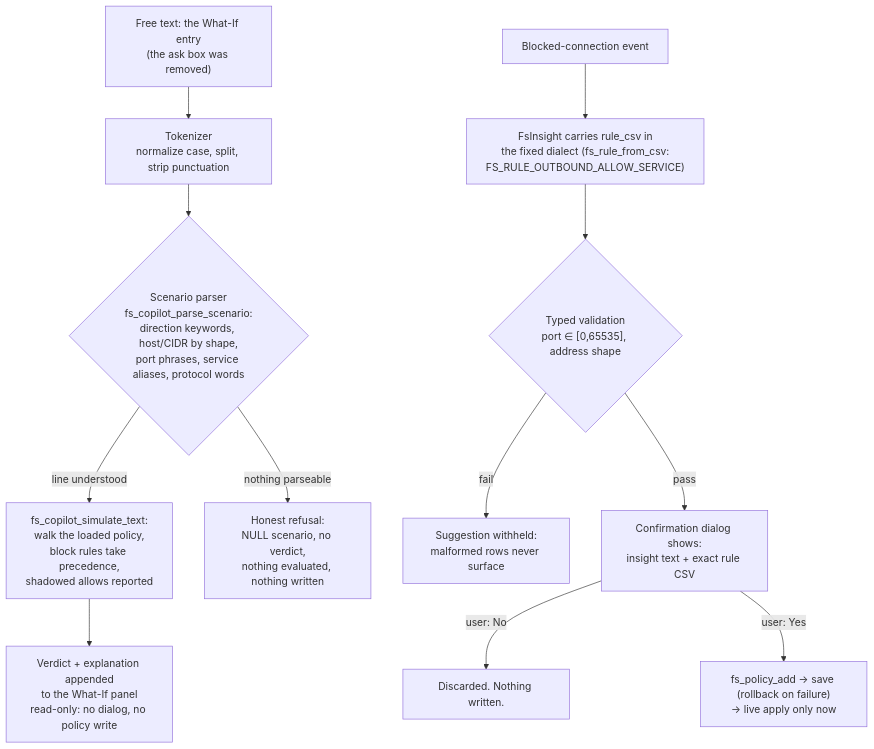
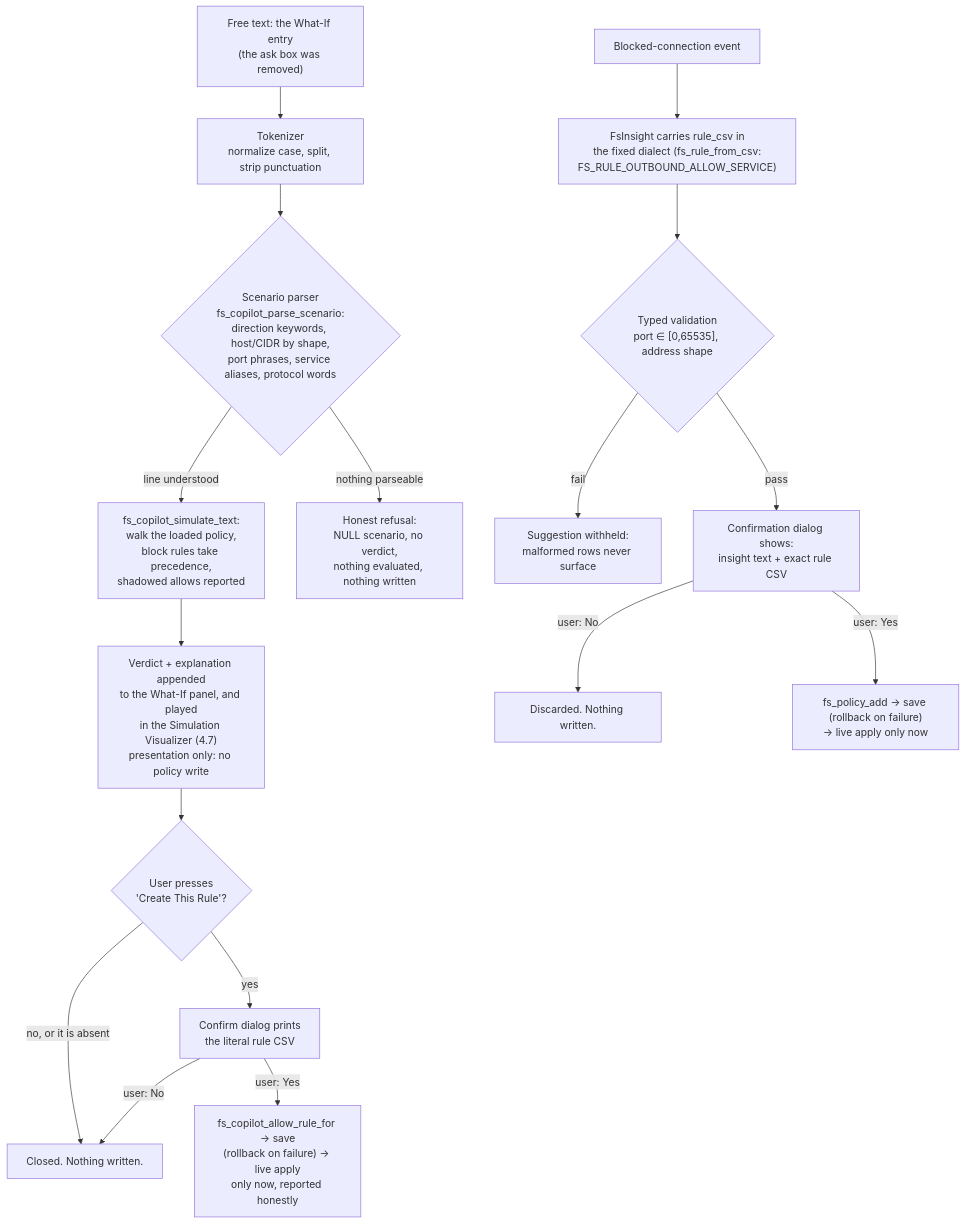
Before and after one commit to Cazo-Net/StockFW: the sixth of 8 diagrams in docs/ARCHITECTURE-AND-SECURITY.md, drawn with Mermaid. The commit also changed other lines of this file and 10 other files, not shown here.

````diff
--- a/docs/ARCHITECTURE-AND-SECURITY.md
+++ b/docs/ARCHITECTURE-AND-SECURITY.md
@@ -366,15 +366,20 @@
 ```mermaid
 flowchart TD
     IN["Free text: the What-If entry<br/>(the ask box was removed)"] --> TOK["Tokenizer<br/>normalize case, split, strip punctuation"]
     TOK --> SC{"Scenario parser<br/>fs_copilot_parse_scenario:<br/>direction keywords, host/CIDR by shape,<br/>port phrases, service aliases, protocol words"}
     SC -->|"line understood"| SIM["fs_copilot_simulate_text:<br/>walk the loaded policy,<br/>block rules take precedence,<br/>shadowed allows reported"]
     SC -->|"nothing parseable"| REP["Honest refusal:<br/>NULL scenario, no verdict,<br/>nothing evaluated, nothing written"]
-    SIM --> OUT["Verdict + explanation appended<br/>to the What-If panel<br/>read-only: no dialog, no policy write"]
+    SIM --> OUT["Verdict + explanation appended<br/>to the What-If panel, and played<br/>in the Simulation Visualizer (4.7)<br/>presentation only: no policy write"]
+    OUT --> BTN{"User presses<br/>'Create This Rule'?"}
+    BTN -->|"no, or it is absent"| NOWR["Closed. Nothing written."]
+    BTN -->|"yes"| CONF["Confirm dialog prints<br/>the literal rule CSV"]
+    CONF -->|"user: No"| NOWR
+    CONF -->|"user: Yes"| ADD2["fs_copilot_allow_rule_for → save<br/>(rollback on failure) → live apply<br/>only now, reported honestly"]
 
     EV["Blocked-connection event"] --> INS["FsInsight carries rule_csv in<br/>the fixed dialect (fs_rule_from_csv:<br/>FS_RULE_OUTBOUND_ALLOW_SERVICE)"]
     INS --> V{"Typed validation<br/>port ∈ [0,65535], address shape"}
     V -->|fail| REP2["Suggestion withheld:<br/>malformed rows never surface"]
     V -->|pass| DLG["Confirmation dialog shows:<br/>insight text + exact rule CSV"]
     DLG -->|user: No| DROP["Discarded. Nothing written."]
     DLG -->|user: Yes| ADD["fs_policy_add → save (rollback on failure)<br/>→ live apply only now"]
 ```
````
